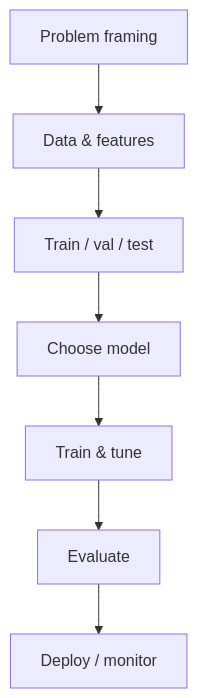
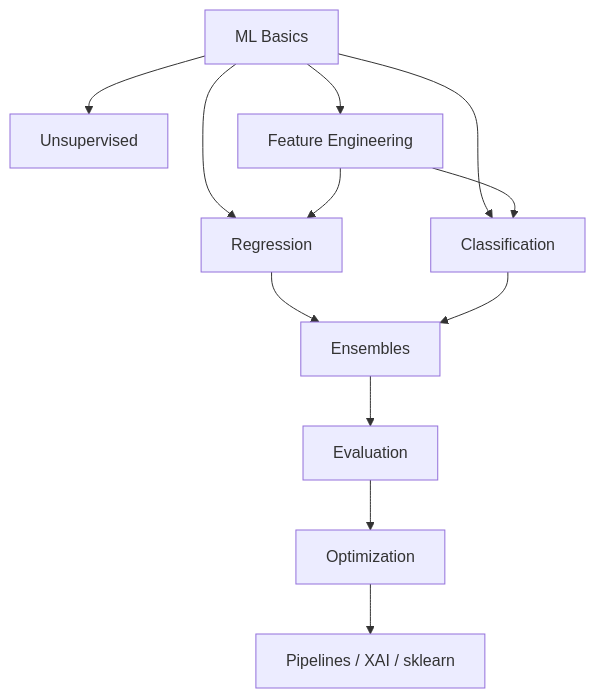
One commit to abdulsamad183/ai-engineering-playbook changed the diagram in domains/machine-learning/README.md. Above: the diagram before and after it, drawn with Mermaid. The commit also changed other lines of this file and 79 other files, not shown here.

````diff
--- a/domains/machine-learning/README.md
+++ b/domains/machine-learning/README.md
@@ -18,9 +26,14 @@
 ```mermaid
 flowchart TB
-  Problem[Problem framing] --> Data[Data & features]
-  Data --> Split[Train / val / test]
-  Split --> Model[Choose model]
-  Model --> Train[Train & tune]
-  Train --> Eval[Evaluate]
-  Eval --> Deploy[Deploy / monitor]
+  B[ML Basics] --> R[Regression]
+  B --> C[Classification]
+  R --> E[Ensembles]
+  C --> E
+  B --> U[Unsupervised]
+  B --> Fe[Feature Engineering]
+  Fe --> R
+  Fe --> C
+  E --> Ev[Evaluation]
+  Ev --> Opt[Optimization]
+  Opt --> Misc[Pipelines / XAI / sklearn]
 ```
````
